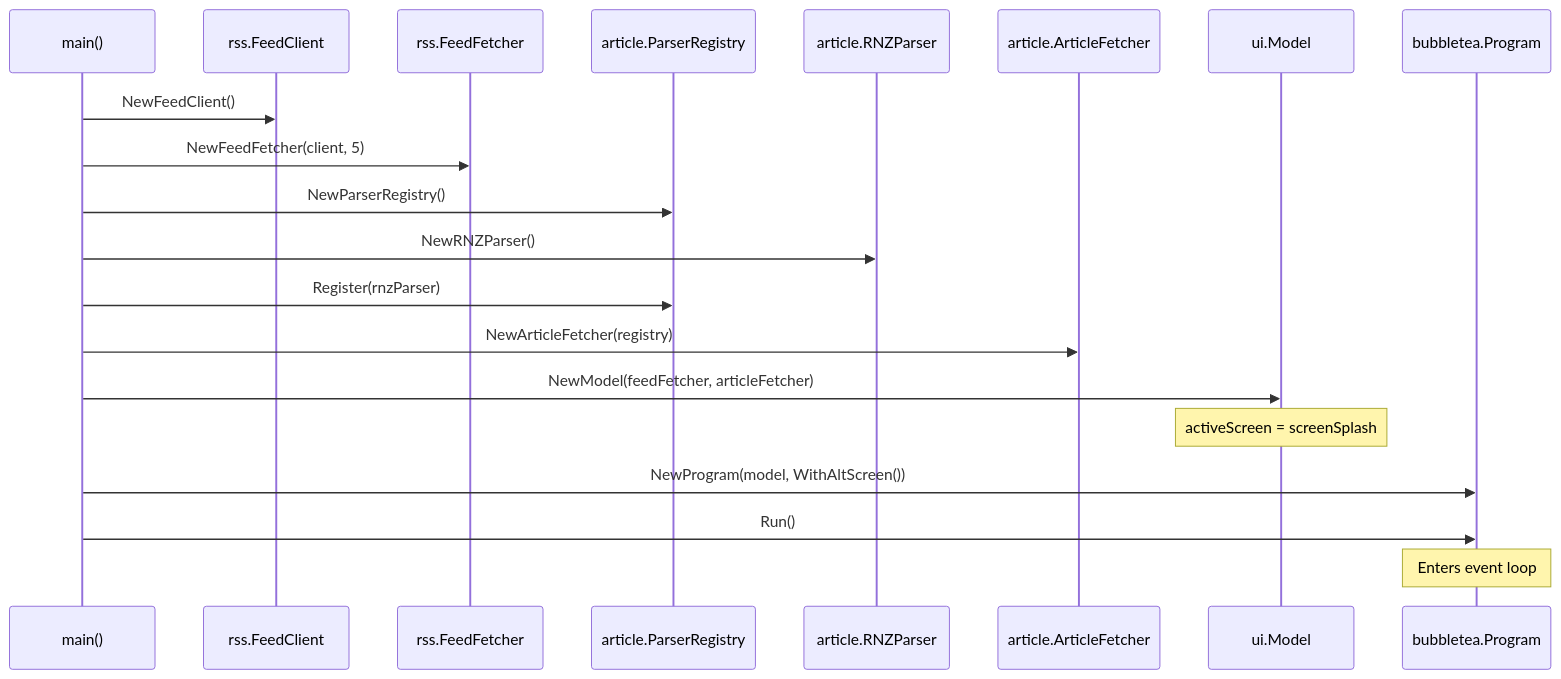
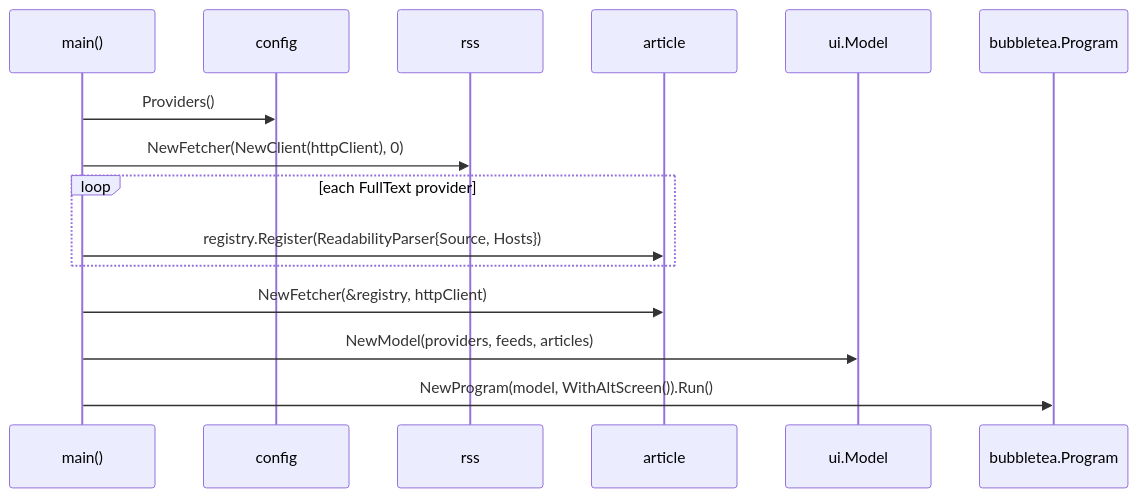
One commit to kralkapoor/knews changed the third of 8 diagrams in ARCHITECTURE.md. Above: the diagram before and after it, drawn with Mermaid. The commit also changed other lines of this file and 36 other files, not shown here.

````diff
--- a/ARCHITECTURE.md
+++ b/ARCHITECTURE.md
@@ -265,23 +204,18 @@
 ```mermaid
 sequenceDiagram
     participant main as main()
-    participant rss as rss.FeedClient
-    participant fetcher as rss.FeedFetcher
-    participant registry as article.ParserRegistry
-    participant rnz as article.RNZParser
-    participant af as article.ArticleFetcher
+    participant config
+    participant rss
+    participant article
     participant ui as ui.Model
     participant tea as bubbletea.Program
 
-    main->>rss: NewFeedClient()
-    main->>fetcher: NewFeedFetcher(client, 5)
-    main->>registry: NewParserRegistry()
-    main->>rnz: NewRNZParser()
-    main->>registry: Register(rnzParser)
-    main->>af: NewArticleFetcher(registry)
-    main->>ui: NewModel(feedFetcher, articleFetcher)
-    Note over ui: activeScreen = screenSplash
-    main->>tea: NewProgram(model, WithAltScreen())
-    main->>tea: Run()
-    Note over tea: Enters event loop
+    main->>config: Providers()
+    main->>rss: NewFetcher(NewClient(httpClient), 0)
+    loop each FullText provider
+        main->>article: registry.Register(ReadabilityParser{Source, Hosts})
+    end
+    main->>article: NewFetcher(&registry, httpClient)
+    main->>ui: NewModel(providers, feeds, articles)
+    main->>tea: NewProgram(model, WithAltScreen()).Run()
 ```
````
